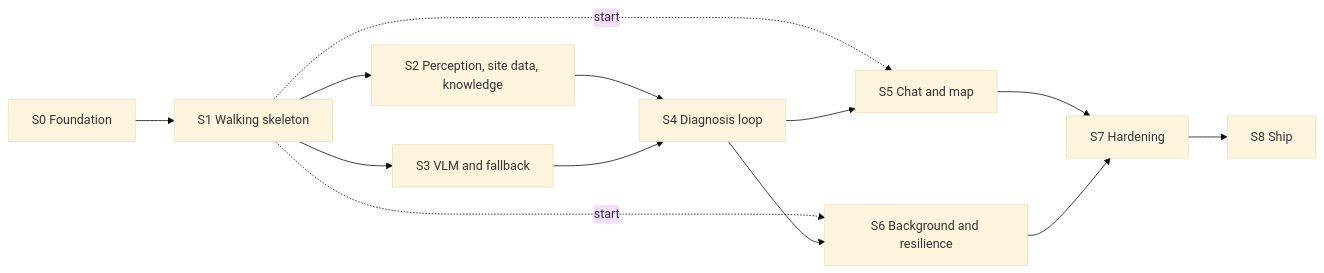
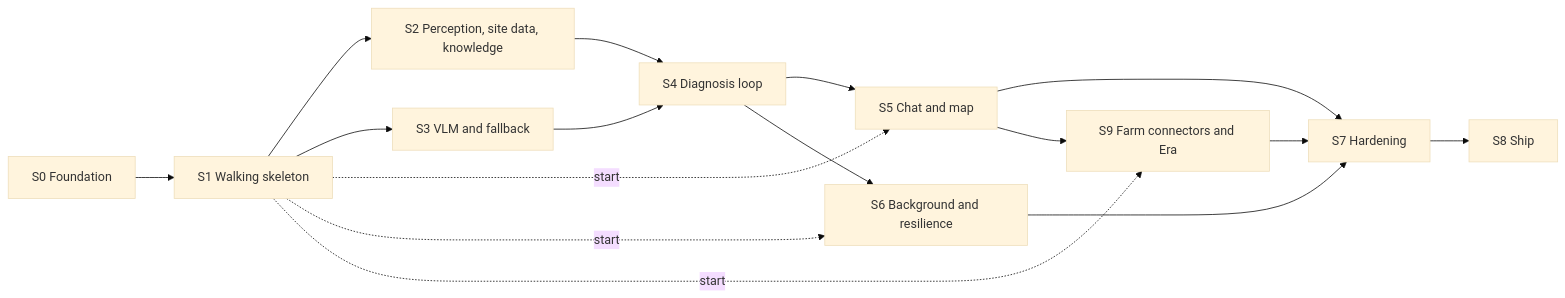
The diagram in docs/backend/roadmap.md (aacruzgon/GreenLens), drawn with Mermaid (base theme) before and after one commit. The commit also changed other lines of this file and 8 other files, not shown here.

````diff
--- a/docs/backend/roadmap.md
+++ b/docs/backend/roadmap.md
@@ -77,15 +79,18 @@
 ```mermaid
 flowchart LR
   S0[S0 Foundation] --> S1[S1 Walking skeleton]
   S1 --> S2[S2 Perception, site data, knowledge]
   S1 --> S3[S3 VLM and fallback]
   S2 --> S4[S4 Diagnosis loop]
   S3 --> S4
   S1 -.start.-> S5[S5 Chat and map]
   S1 -.start.-> S6[S6 Background and resilience]
   S4 --> S5
   S4 --> S6
   S5 --> S7[S7 Hardening]
   S6 --> S7
+  S1 -.start.-> S9[S9 Farm connectors and Era]
+  S5 --> S9
+  S9 --> S7
   S7 --> S8[S8 Ship]
 ```
````
